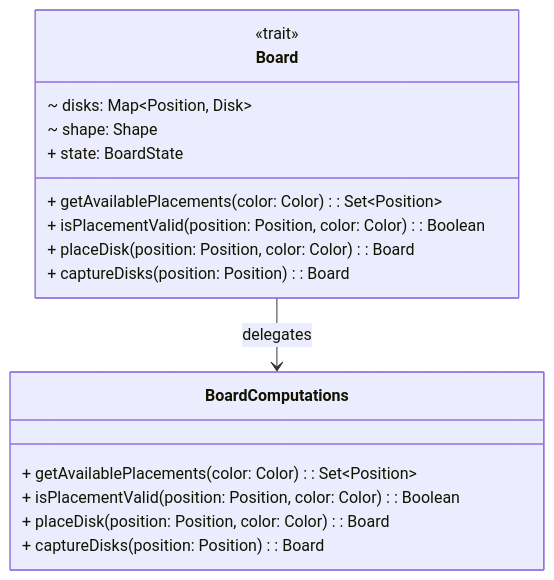
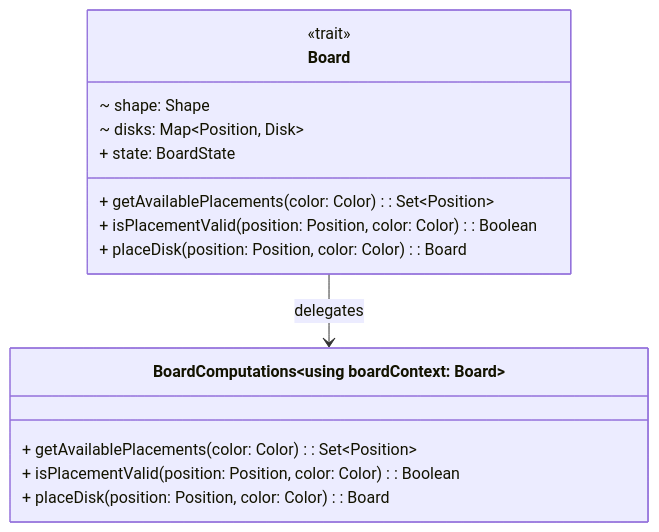
Before and after one commit to Borgotto/PPS-25-scalatello: the ninth of 11 diagrams in docs/report/5-detailed-design.md, drawn with Mermaid. The commit also changed other lines of this file, not shown here.

Commit message:
Update Board and BoardComputations detailed design

````diff
--- a/docs/report/5-detailed-design.md
+++ b/docs/report/5-detailed-design.md
@@ -212,20 +212,18 @@
 ```mermaid
 classDiagram
   class Board {
     <<trait>>
+		~ shape: Shape
     ~ disks: Map~Position, Disk~
-    ~ shape: Shape
     + state: BoardState
     + getAvailablePlacements(color: Color): Set~Position~
     + isPlacementValid(position: Position, color: Color): Boolean
     + placeDisk(position: Position, color: Color): Board
-    + captureDisks(position: Position): Board
   }
-  class BoardComputations {
+  class BoardComputations ~using boardContext: Board~ {
     + getAvailablePlacements(color: Color): Set~Position~
     + isPlacementValid(position: Position, color: Color): Boolean
     + placeDisk(position: Position, color: Color): Board
-    + captureDisks(position: Position): Board
   }
   Board --> BoardComputations: delegates
 ```
````
